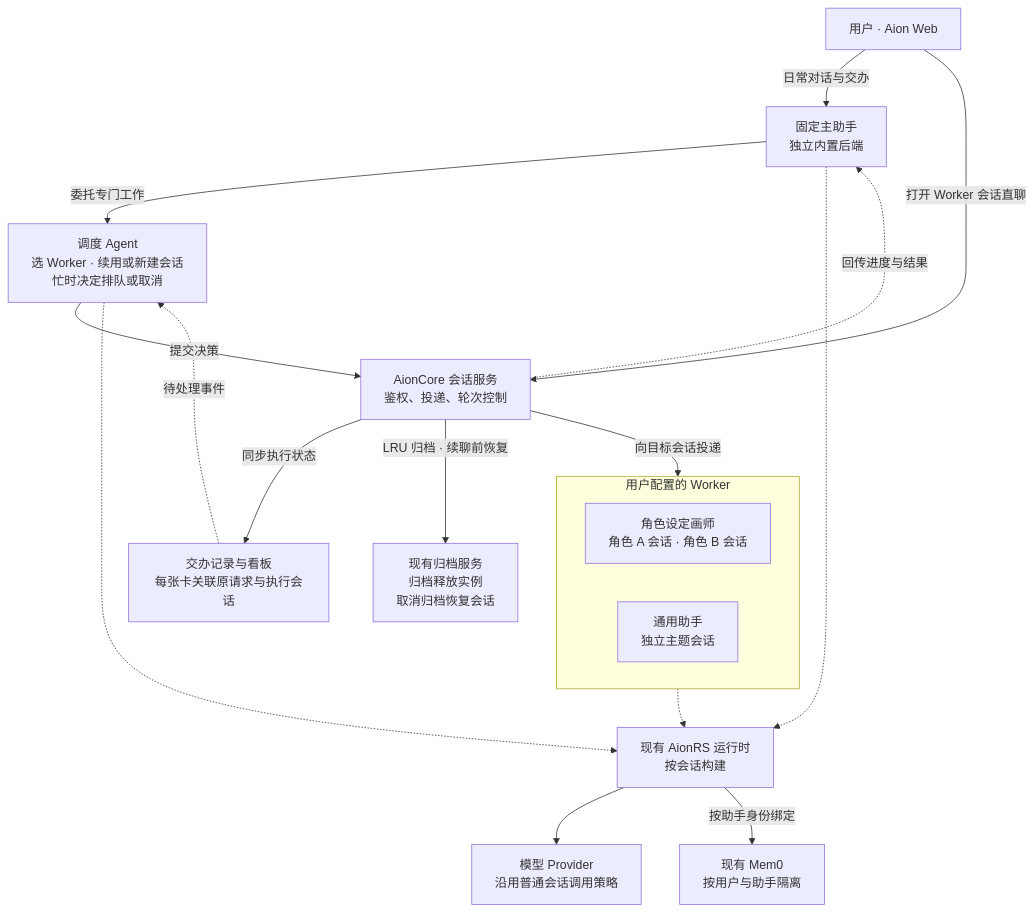
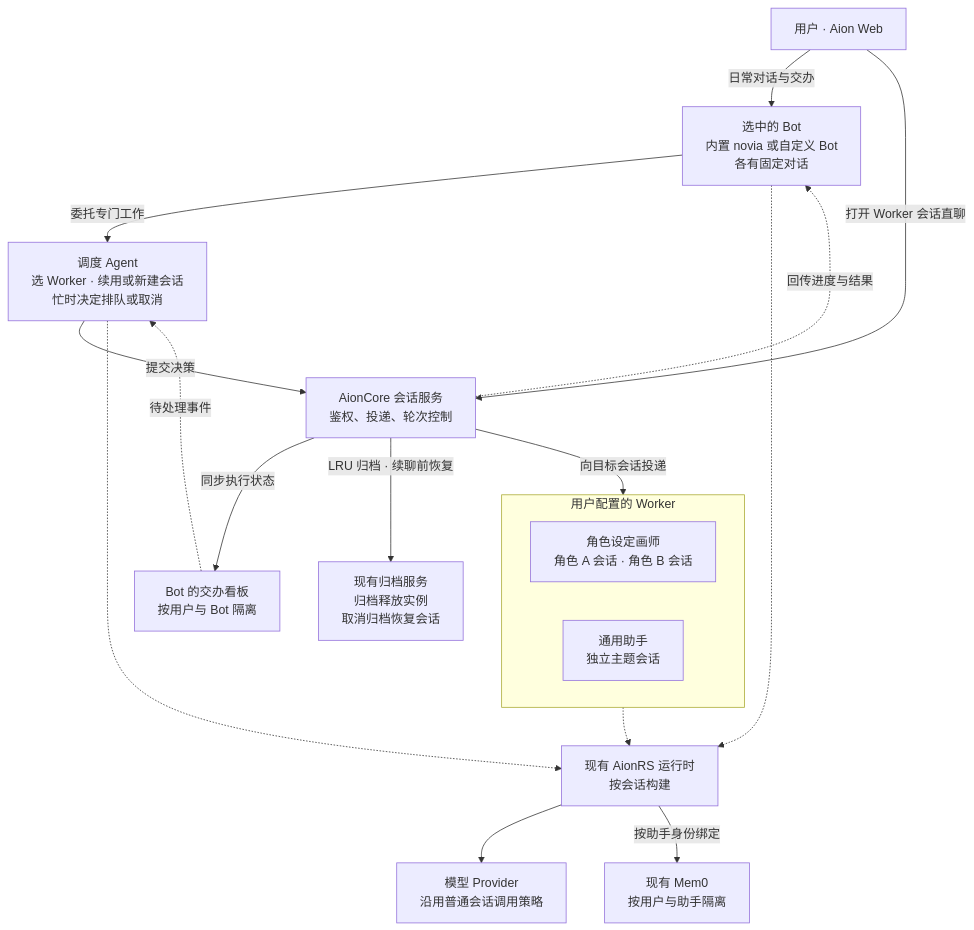
The diagram in docs/assistant-worker-dispatch-prd.md (hoholidayx/Aion), drawn with Mermaid before and after one commit. The commit also changed other lines of this file, not shown here.

Commit message:
docs: define persistent bots and isolated dispatch boards

````diff
--- a/docs/assistant-worker-dispatch-prd.md
+++ b/docs/assistant-worker-dispatch-prd.md
@@ -11,33 +23,33 @@
 ```mermaid
 flowchart TB
     User["用户 · Aion Web"]
-    Main["固定主助手<br/>独立内置后端"]
+    Bot["选中的 Bot<br/>内置 novia 或自定义 Bot<br/>各有固定对话"]
     Dispatch["调度 Agent<br/>选 Worker · 续用或新建会话<br/>忙时决定排队或取消"]
     Sessions["AionCore 会话服务<br/>鉴权、投递、轮次控制"]
-    Board["交办记录与看板<br/>每张卡关联原请求与执行会话"]
+    Board["Bot 的交办看板<br/>按用户与 Bot 隔离"]
     Archive["现有归档服务<br/>归档释放实例<br/>取消归档恢复会话"]
     Runtime["现有 AionRS 运行时<br/>按会话构建"]
     Provider["模型 Provider<br/>沿用普通会话调用策略"]
     Memory["现有 Mem0<br/>按用户与助手隔离"]
 
     subgraph Workers["用户配置的 Worker"]
         direction LR
         Artist["角色设定画师<br/>角色 A 会话 · 角色 B 会话"]
         General["通用助手<br/>独立主题会话"]
     end
 
-    User -->|日常对话与交办| Main
+    User -->|日常对话与交办| Bot
     User -->|打开 Worker 会话直聊| Sessions
-    Main -->|委托专门工作| Dispatch
+    Bot -->|委托专门工作| Dispatch
     Dispatch -->|提交决策| Sessions
-    Sessions -.->|回传进度与结果| Main
+    Sessions -.->|回传进度与结果| Bot
     Sessions -->|同步执行状态| Board
     Board -.->|待处理事件| Dispatch
     Sessions -->|向目标会话投递| Workers
     Sessions -->|LRU 归档 · 续聊前恢复| Archive
-    Main -.-> Runtime
+    Bot -.-> Runtime
     Dispatch -.-> Runtime
     Workers -.-> Runtime
     Runtime --> Provider
     Runtime -->|按助手身份绑定| Memory
 ```
````
